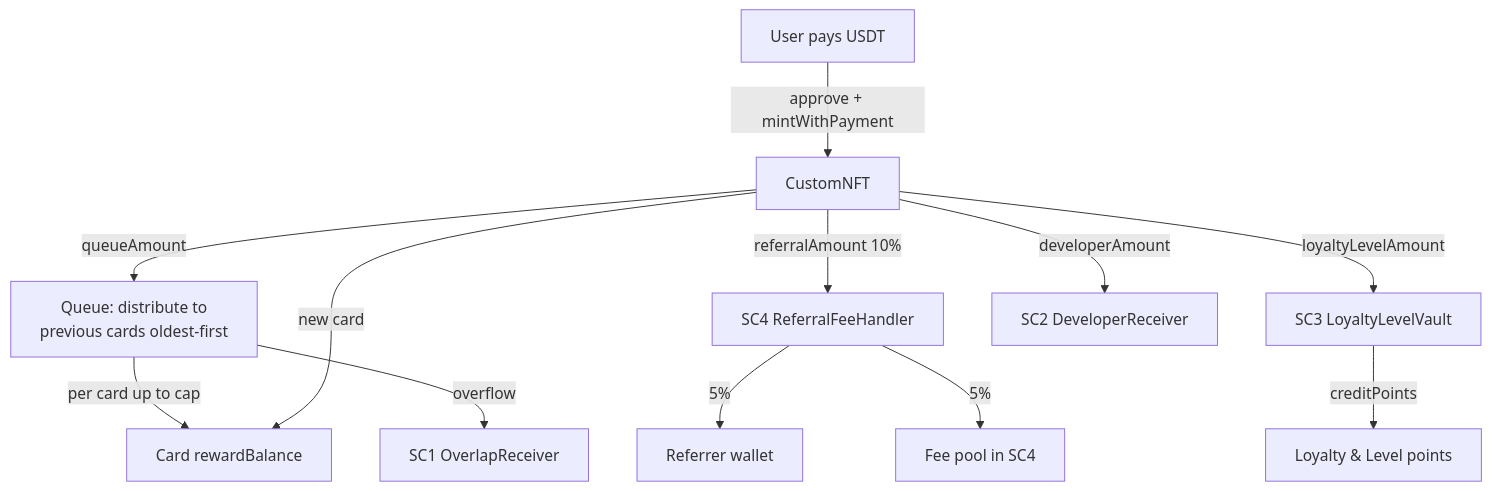
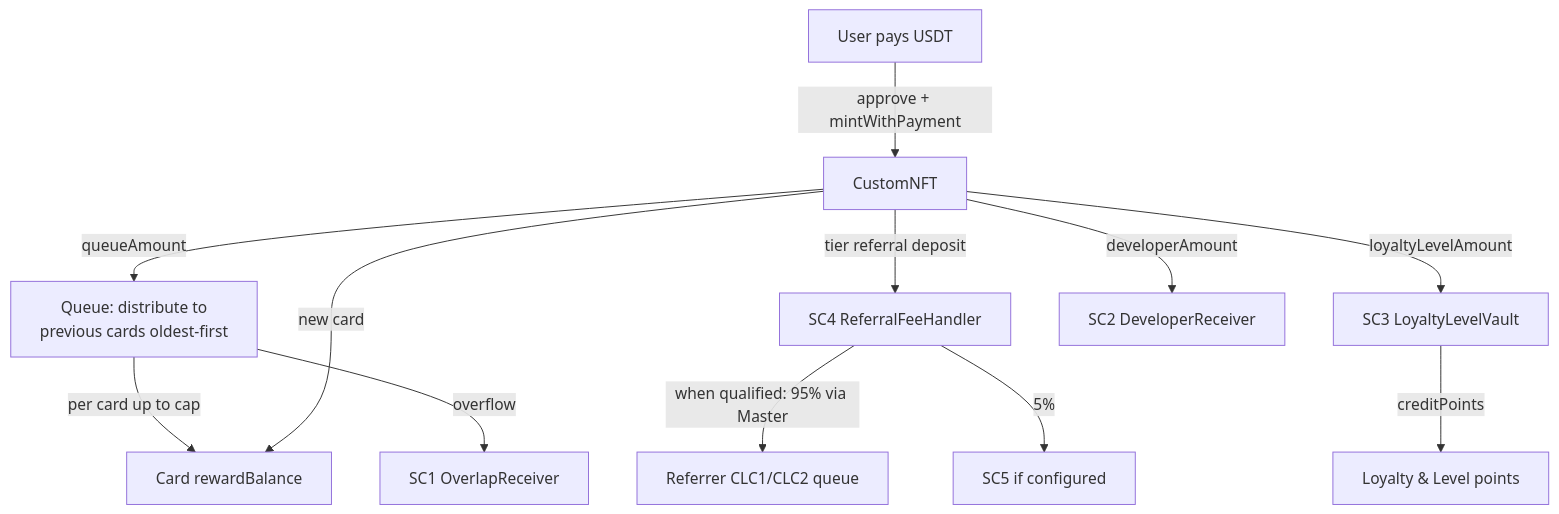
One commit to psdev0103/TripleC-Doc changed the third of 5 diagrams in SYSTEM_DIAGRAM.md. Above: the diagram before and after it, drawn with Mermaid. The commit also changed other lines of this file and 8 other files, not shown here.

````diff
--- a/SYSTEM_DIAGRAM.md
+++ b/SYSTEM_DIAGRAM.md
@@ -42,15 +71,15 @@
 ```mermaid
 flowchart TB
   User[User pays USDT]
   User -->|approve + mintWithPayment| Master[CustomNFT]
   Master -->|queueAmount| Queue[Queue: distribute to\nprevious cards oldest-first]
   Queue -->|per card up to cap| Card[Card rewardBalance]
   Queue -->|overflow| SC1[SC1 OverlapReceiver]
-  Master -->|referralAmount 10%| SC4[SC4 ReferralFeeHandler]
-  SC4 -->|5%| Referrer[Referrer wallet]
-  SC4 -->|5%| FeePool[Fee pool in SC4]
+  Master -->|tier referral deposit| SC4[SC4 ReferralFeeHandler]
+  SC4 -->|when qualified: 95% via Master| ReferrerQueue[Referrer CLC1/CLC2 queue]
+  SC4 -->|5%| SC5Hint[SC5 if configured]
   Master -->|loyaltyLevelAmount| SC3[SC3 LoyaltyLevelVault]
   SC3 -->|creditPoints| Points[Loyalty & Level points]
   Master -->|developerAmount| SC2[SC2 DeveloperReceiver]
   Master -->|new card| Card
 ```
````
